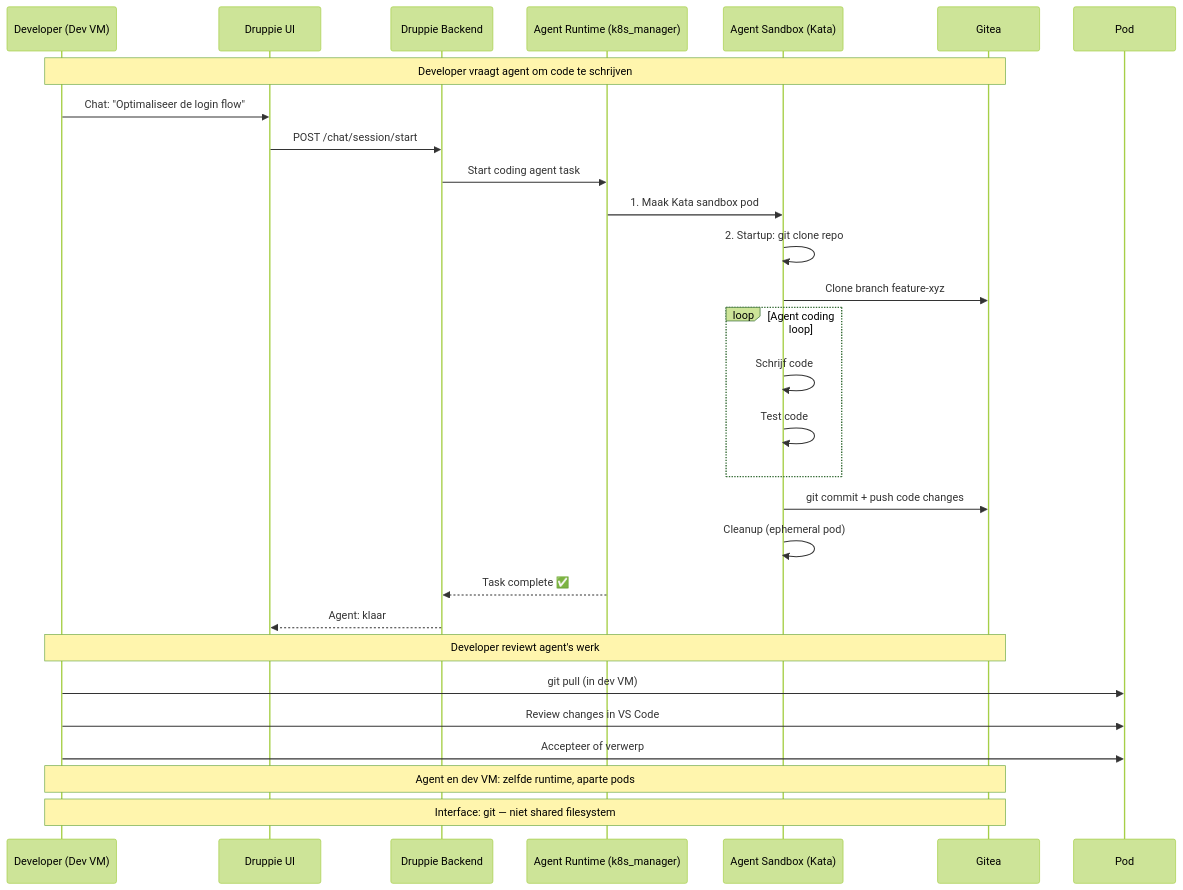
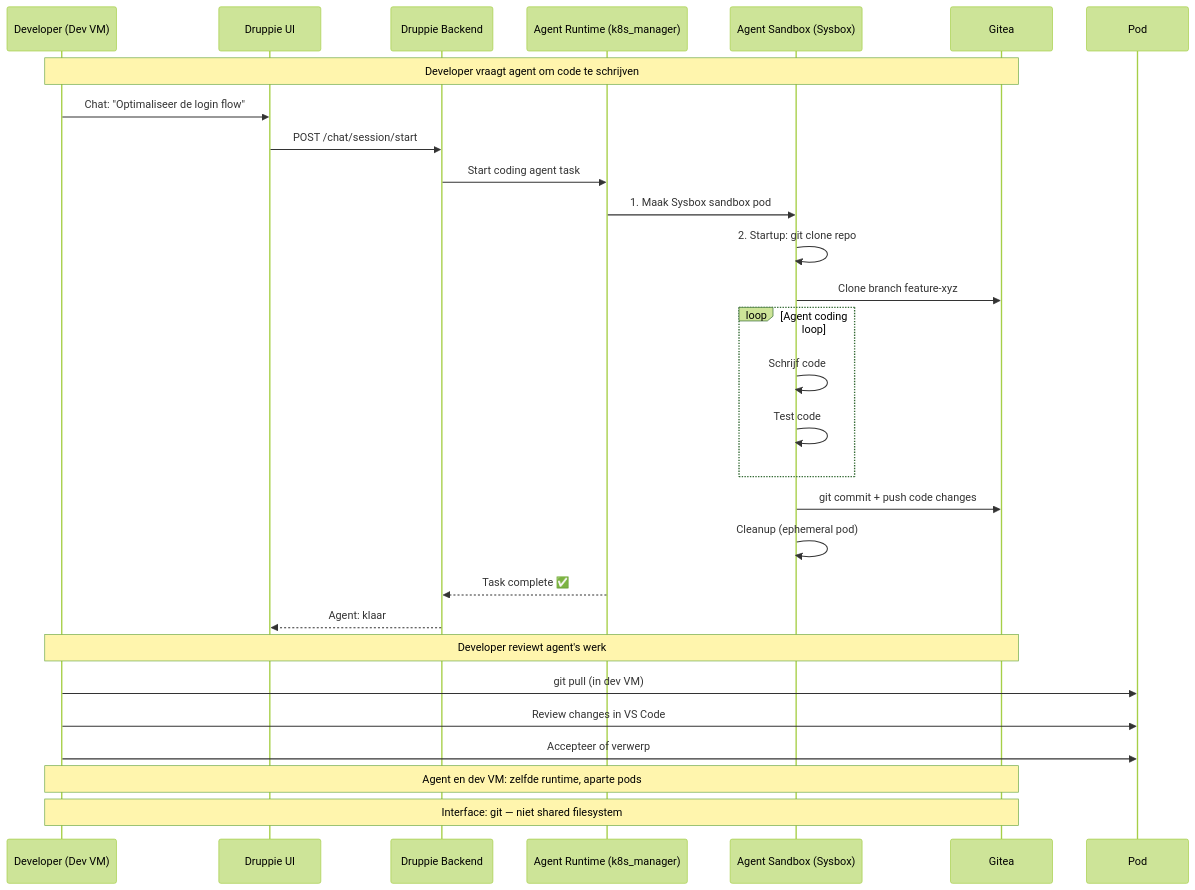
The ninth of 12 diagrams in docs/dev-environment-architecture.md (nuno-git/druppie-fork), drawn with Mermaid (forest theme) before and after one commit. The commit also changed other lines of this file and 1 other file, not shown here.

First line of the commit message:
docs(dev-env): correct runtime to sysbox, document Kasm research

````diff
--- a/docs/dev-environment-architecture.md
+++ b/docs/dev-environment-architecture.md
@@ -686,38 +686,38 @@
 ```mermaid
 sequenceDiagram
     participant Dev as Developer (Dev VM)
     participant UI as Druppie UI
     participant BE as Druppie Backend
     participant AgentBE as Agent Runtime (k8s_manager)
-    participant AgentPod as Agent Sandbox (Kata)
+    participant AgentPod as Agent Sandbox (Sysbox)
     participant Git as Gitea
 
     Note over Dev,Git: Developer vraagt agent om code te schrijven
 
     Dev->>UI: Chat: "Optimaliseer de login flow"
     UI->>BE: POST /chat/session/start
     BE->>AgentBE: Start coding agent task
 
-    AgentBE->>AgentPod: 1. Maak Kata sandbox pod
+    AgentBE->>AgentPod: 1. Maak Sysbox sandbox pod
     AgentPod->>AgentPod: 2. Startup: git clone repo
     AgentPod->>Git: Clone branch feature-xyz
 
     loop Agent coding loop
         AgentPod->>AgentPod: Schrijf code
         AgentPod->>AgentPod: Test code
     end
 
     AgentPod->>Git: git commit + push code changes
     AgentPod->>AgentPod: Cleanup (ephemeral pod)
     AgentBE-->>BE: Task complete ✅
     BE-->>UI: Agent: klaar
 
     Note over Dev,Git: Developer reviewt agent's werk
 
     Dev->>Pod: git pull (in dev VM)
     Dev->>Pod: Review changes in VS Code
     Dev->>Pod: Accepteer of verwerp
 
     Note over Dev,Git: Agent en dev VM: zelfde runtime, aparte pods
     Note over Dev,Git: Interface: git — niet shared filesystem
 ```
````
